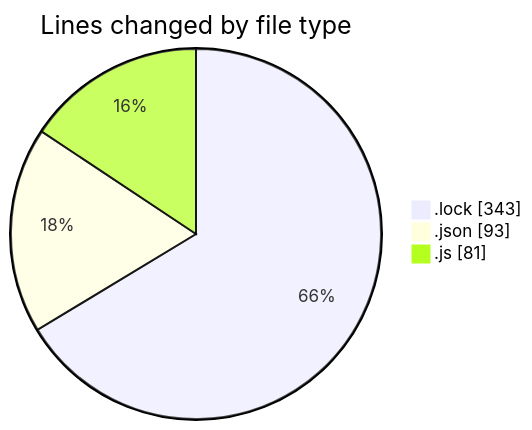
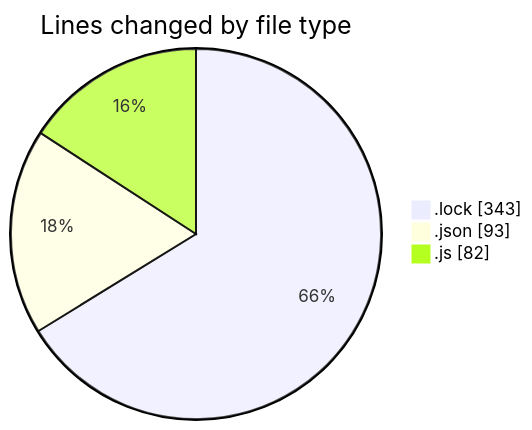
The first of 2 diagrams in 2025-01-30/cda/README.md (momahboobian/code-tracking), drawn with Mermaid before and after one commit. The commit also changed other lines of this file and 1 other file, not shown here.

````diff
--- a/2025-01-30/cda/README.md
+++ b/2025-01-30/cda/README.md
@@ -26,7 +26,7 @@
 ```mermaid
 pie showData
 title Lines changed by file type
 ".lock" : 343
 ".json" : 93
-".js" : 81
+".js" : 82
 ```
````
